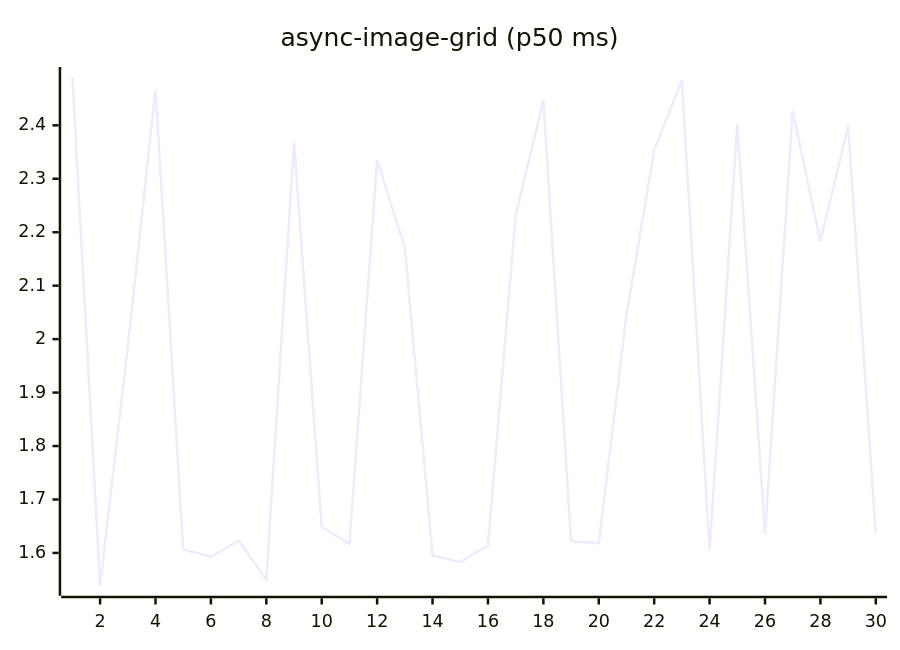
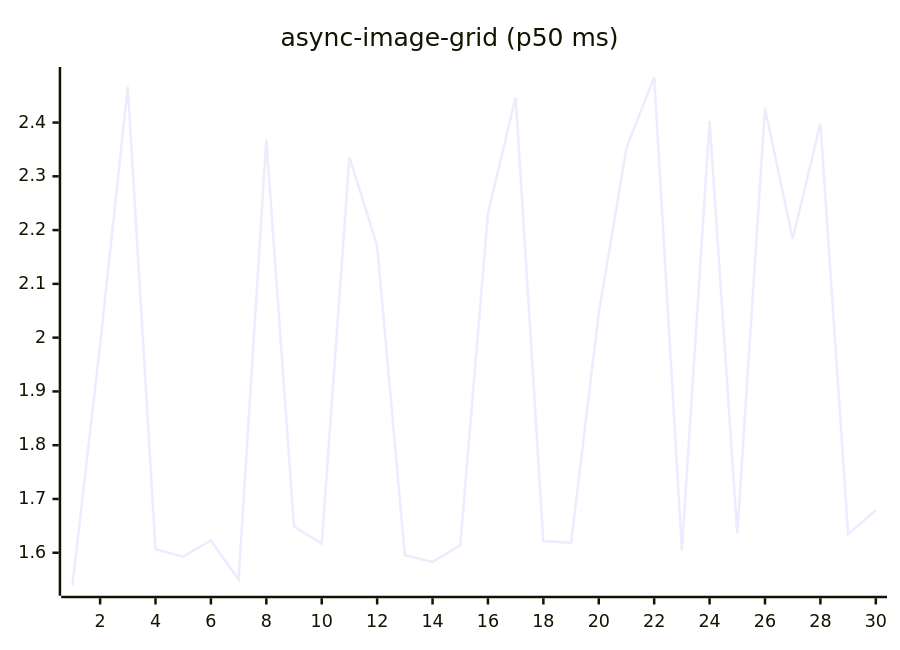
The fifth of 27 diagrams in README.md (josha/Facet), drawn with Mermaid before and after one commit. The commit also changed other lines of this file and 2 other files, not shown here.

````diff
--- a/README.md
+++ b/README.md
@@ -91,6 +91,6 @@
 ```mermaid
 xychart-beta
     title "async-image-grid (p50 ms)"
     x-axis 1 --> 30
-    line [2.4904, 1.5386, 1.9864, 2.4670, 1.6066, 1.5928, 1.6229, 1.5501, 2.3685, 1.6487, 1.6169, 2.3355, 2.1710, 1.5954, 1.5829, 1.6137, 2.2308, 2.4470, 1.6216, 1.6184, 2.0452, 2.3531, 2.4847, 1.6045, 2.4025, 1.6357, 2.4260, 2.1835, 2.3985, 1.6346]
+    line [1.5386, 1.9864, 2.4670, 1.6066, 1.5928, 1.6229, 1.5501, 2.3685, 1.6487, 1.6169, 2.3355, 2.1710, 1.5954, 1.5829, 1.6137, 2.2308, 2.4470, 1.6216, 1.6184, 2.0452, 2.3531, 2.4847, 1.6045, 2.4025, 1.6357, 2.4260, 2.1835, 2.3985, 1.6346, 1.6792]
 ```
````
